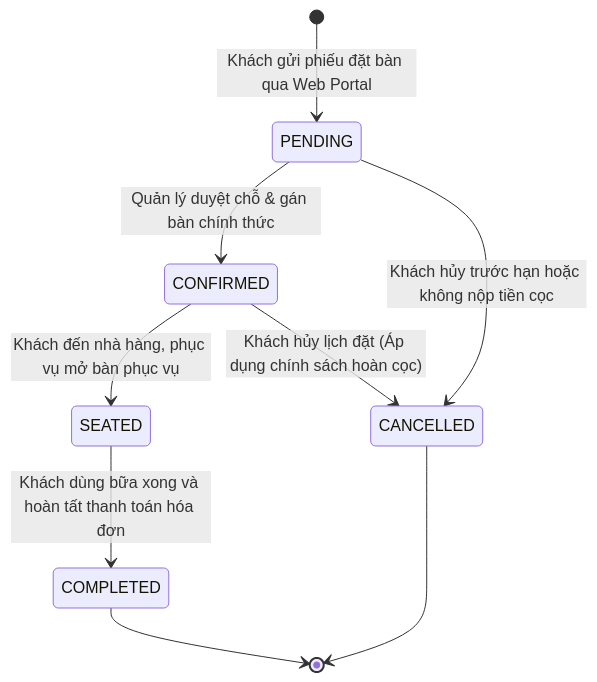
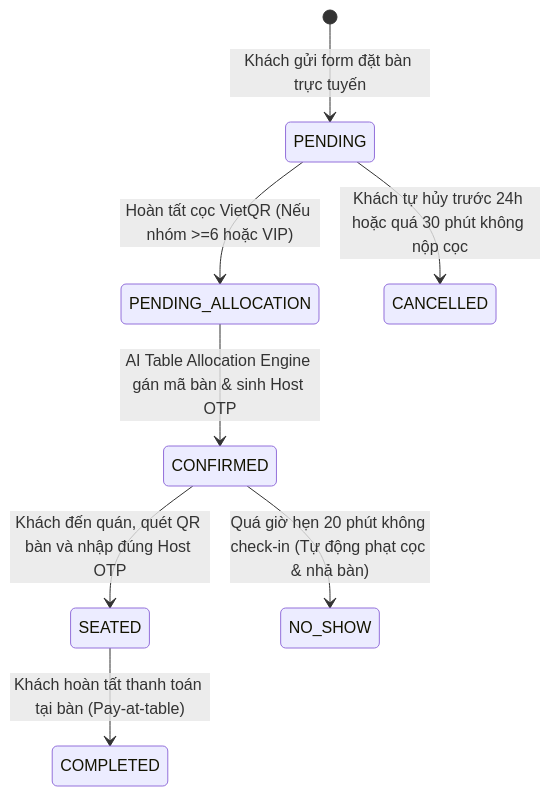
Before and after one commit to hoangvu180225-cell/smart-restaurant: the third of 3 diagrams in docs/05-data-model.md, drawn with Mermaid. The commit also changed other lines of this file and 13 other files, not shown here.

````diff
--- a/docs/05-data-model.md
+++ b/docs/05-data-model.md
@@ -54,14 +76,14 @@
 ```mermaid
 stateDiagram-v2
-    [*] --> PENDING: Khách gửi phiếu đặt bàn qua Web Portal
+    [*] --> PENDING: Khách gửi form đặt bàn trực tuyến
+
+    PENDING --> PENDING_ALLOCATION: Hoàn tất cọc VietQR (Nếu nhóm >=6 hoặc VIP)
+    PENDING --> CANCELLED: Khách tự hủy trước 24h hoặc quá 30 phút không nộp cọc
+
+    PENDING_ALLOCATION --> CONFIRMED: AI Table Allocation Engine gán mã bàn & sinh Host OTP
     
-    PENDING --> CONFIRMED: Quản lý duyệt chỗ & gán bàn chính thức
-    PENDING --> CANCELLED: Khách hủy trước hạn hoặc không nộp tiền cọc
-    
-    CONFIRMED --> SEATED: Khách đến nhà hàng, phục vụ mở bàn phục vụ
-    CONFIRMED --> CANCELLED: Khách hủy lịch đặt (Áp dụng chính sách hoàn cọc)
-    
-    SEATED --> COMPLETED: Khách dùng bữa xong và hoàn tất thanh toán hóa đơn
-    COMPLETED --> [*]
-    CANCELLED --> [*]
+    CONFIRMED --> SEATED: Khách đến quán, quét QR bàn và nhập đúng Host OTP
+    CONFIRMED --> NO_SHOW: Quá giờ hẹn 20 phút không check-in (Tự động phạt cọc & nhả bàn)
+
+    SEATED --> COMPLETED: Khách hoàn tất thanh toán tại bàn (Pay-at-table)
 ```
````
